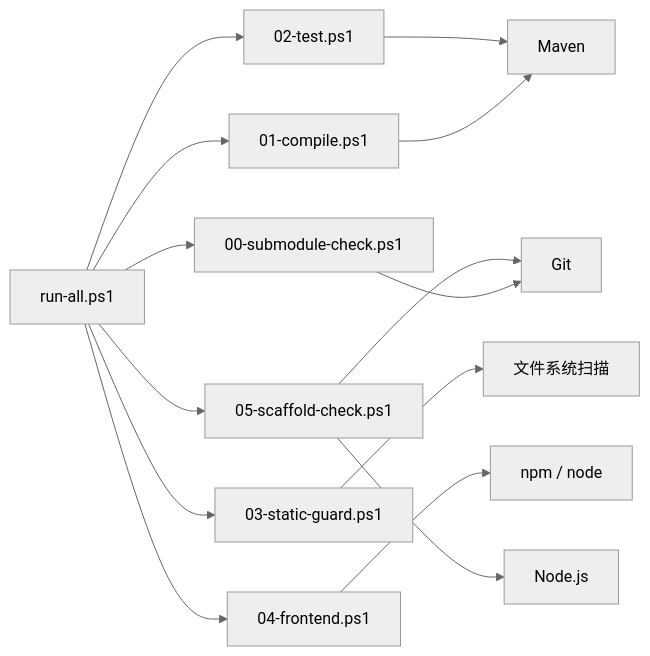
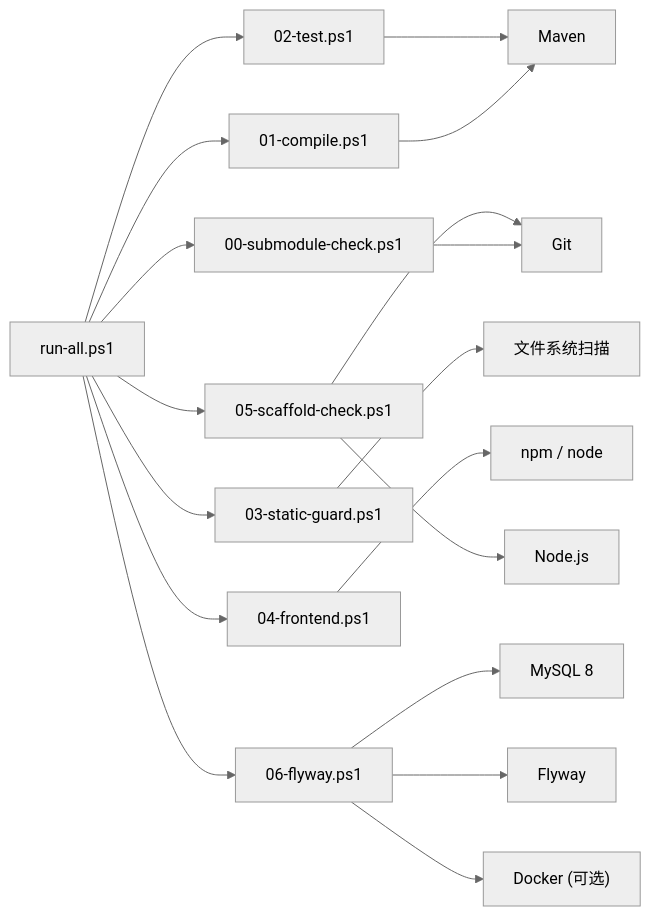
One commit to luyitiger6/my-first-project changed the eighth of 8 diagrams in .qoder/repowiki/zh/content/自动化验证/自定义闸门开发.md. Above: the diagram before and after it, drawn with Mermaid (neutral theme). The commit also changed other lines of this file and 38 other files, not shown here.

````diff
--- a/.qoder/repowiki/zh/content/自动化验证/自定义闸门开发.md
+++ b/.qoder/repowiki/zh/content/自动化验证/自定义闸门开发.md
@@ -315,16 +368,20 @@
 ```mermaid
 graph LR
 Runner["run-all.ps1"] --> C00["00-submodule-check.ps1"]
 Runner --> C01["01-compile.ps1"]
 Runner --> C02["02-test.ps1"]
 Runner --> C03["03-static-guard.ps1"]
 Runner --> C04["04-frontend.ps1"]
 Runner --> C05["05-scaffold-check.ps1"]
+Runner --> C06["06-flyway.ps1"]
 C00 --> Git["Git"]
 C01 --> Maven["Maven"]
 C02 --> Maven
 C03 --> FS["文件系统扫描"]
 C04 --> NPM["npm / node"]
 C05 --> Node["Node.js"]
 C05 --> Git
+C06 --> MySQL["MySQL 8"]
+C06 --> Flyway["Flyway"]
+C06 --> Docker["Docker (可选)"]
 ```
````
